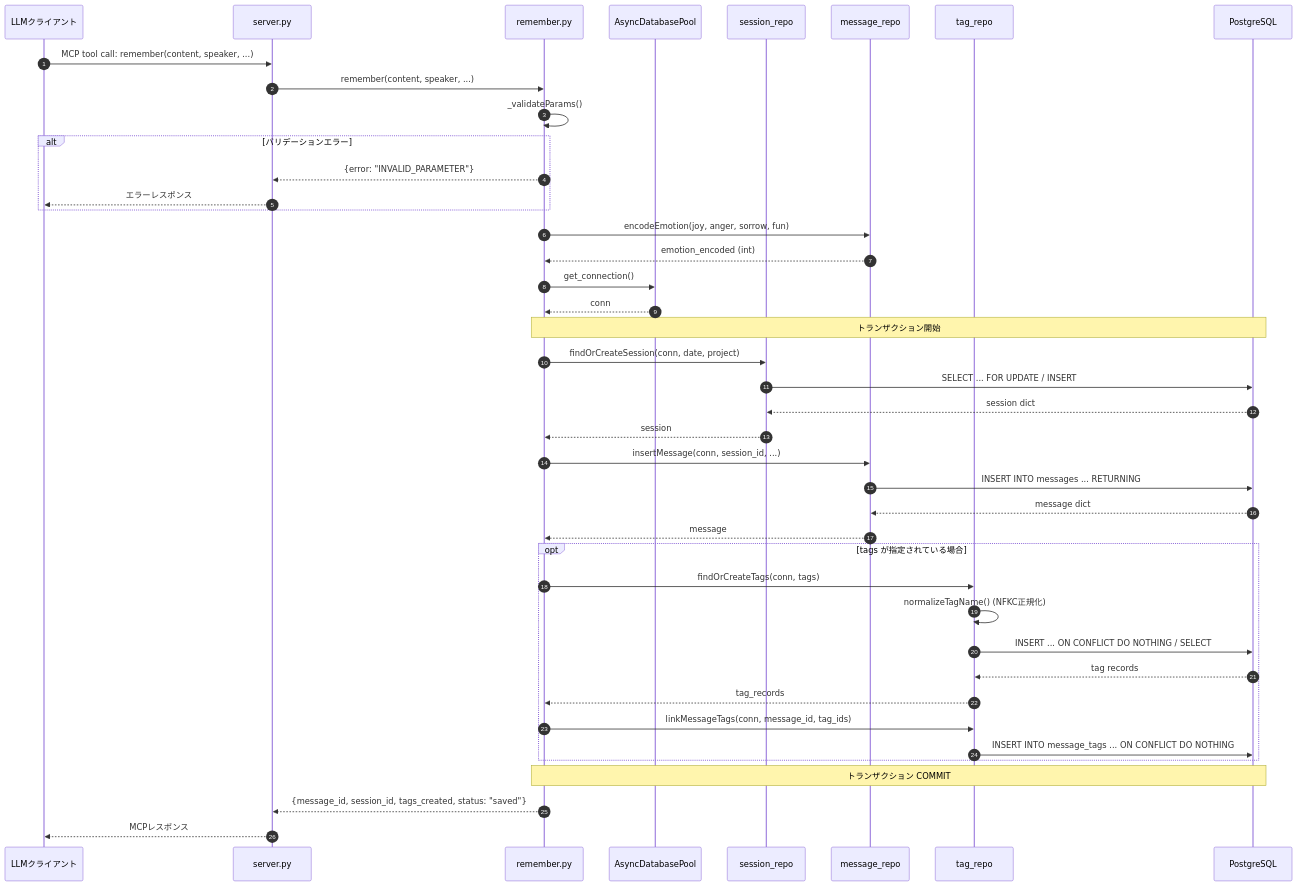
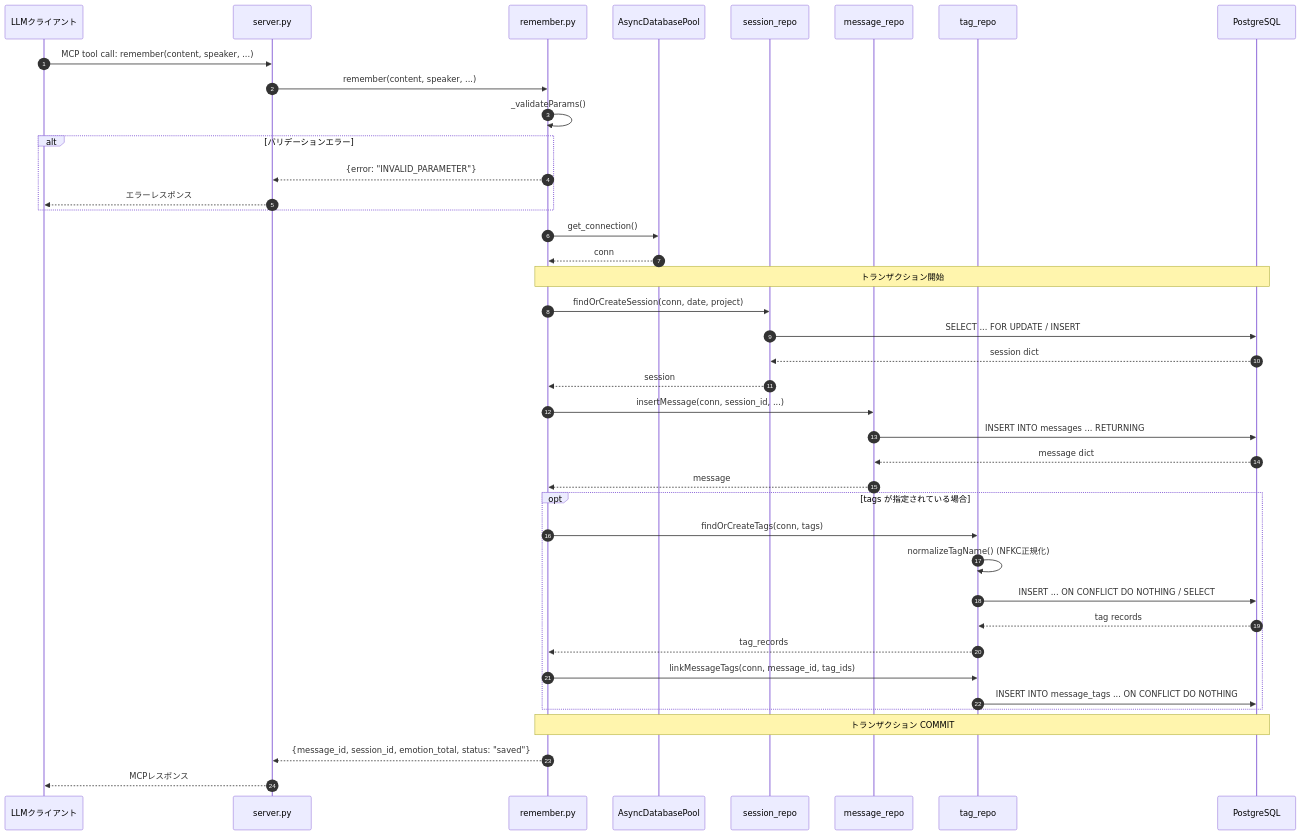
One commit to natosepia/lisanima changed the first of 3 diagrams in docs/11_sequence_diagram.md. Above: the diagram before and after it, drawn with Mermaid. The commit also changed other lines of this file and 6 other files, not shown here.

First line of the commit message:
feat: #19 #20 #21 #27 #29 #40 A-1 recall拡張 + remember emotion_total返却

````diff
--- a/docs/11_sequence_diagram.md
+++ b/docs/11_sequence_diagram.md
@@ -21,55 +21,52 @@
 ```mermaid
 sequenceDiagram
     autonumber
     participant Client as LLMクライアント
     participant Server as server.py
     participant Remember as remember.py
     participant DB as AsyncDatabasePool
     participant SRepo as session_repo
     participant MRepo as message_repo
     participant TRepo as tag_repo
     participant PG as PostgreSQL
 
     Client->>Server: MCP tool call: remember(content, speaker, ...)
     Server->>Remember: remember(content, speaker, ...)
 
     Remember->>Remember: _validateParams()
     alt バリデーションエラー
         Remember-->>Server: {error: "INVALID_PARAMETER"}
         Server-->>Client: エラーレスポンス
     end
-
-    Remember->>MRepo: encodeEmotion(joy, anger, sorrow, fun)
-    MRepo-->>Remember: emotion_encoded (int)
 
     Remember->>DB: get_connection()
     DB-->>Remember: conn
 
     Note over Remember,PG: トランザクション開始
 
     Remember->>SRepo: findOrCreateSession(conn, date, project)
     SRepo->>PG: SELECT ... FOR UPDATE / INSERT
     PG-->>SRepo: session dict
     SRepo-->>Remember: session
 
     Remember->>MRepo: insertMessage(conn, session_id, ...)
     MRepo->>PG: INSERT INTO messages ... RETURNING
     PG-->>MRepo: message dict
     MRepo-->>Remember: message
 
     opt tags が指定されている場合
         Remember->>TRepo: findOrCreateTags(conn, tags)
         TRepo->>TRepo: normalizeTagName() (NFKC正規化)
         TRepo->>PG: INSERT ... ON CONFLICT DO NOTHING / SELECT
         PG-->>TRepo: tag records
         TRepo-->>Remember: tag_records
 
         Remember->>TRepo: linkMessageTags(conn, message_id, tag_ids)
         TRepo->>PG: INSERT INTO message_tags ... ON CONFLICT DO NOTHING
     end
 
     Note over Remember,PG: トランザクション COMMIT
 
-    Remember-->>Server: {message_id, session_id, tags_created, status: "saved"}
+    Remember-->>Server: {message_id, session_id, emotion_total, status: "saved"}
     Server-->>Client: MCPレスポンス
 ```
````
